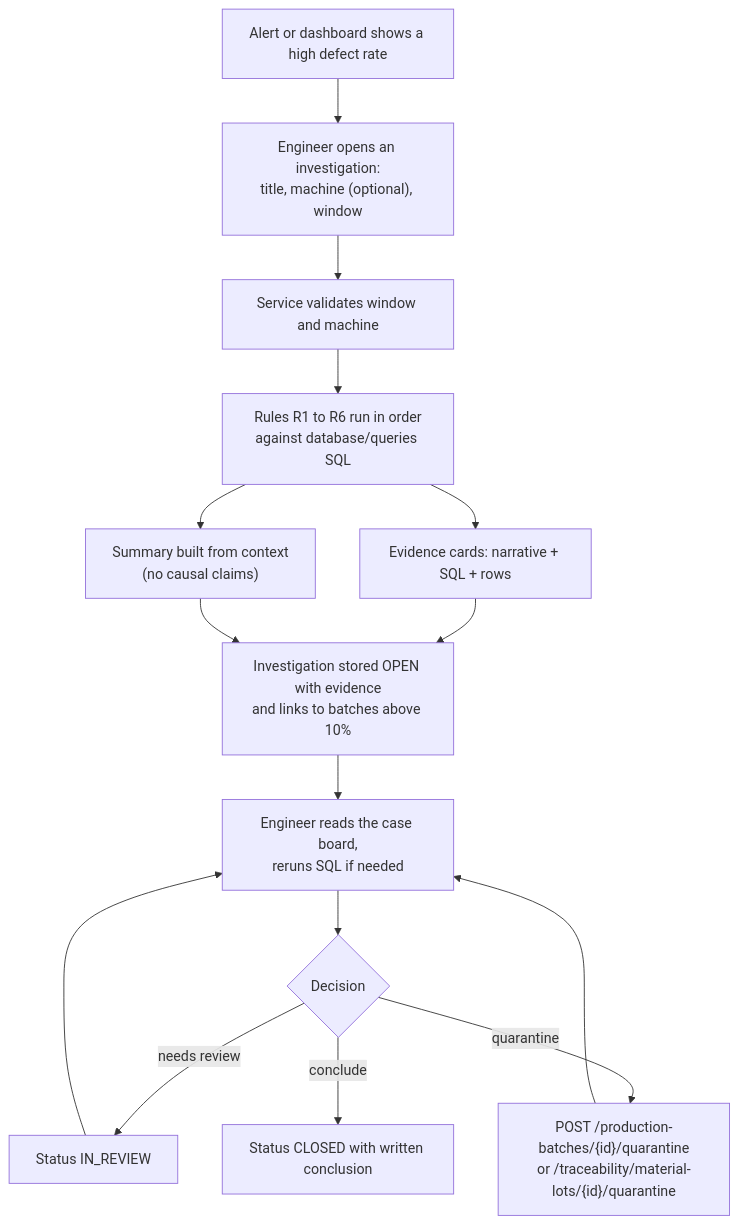
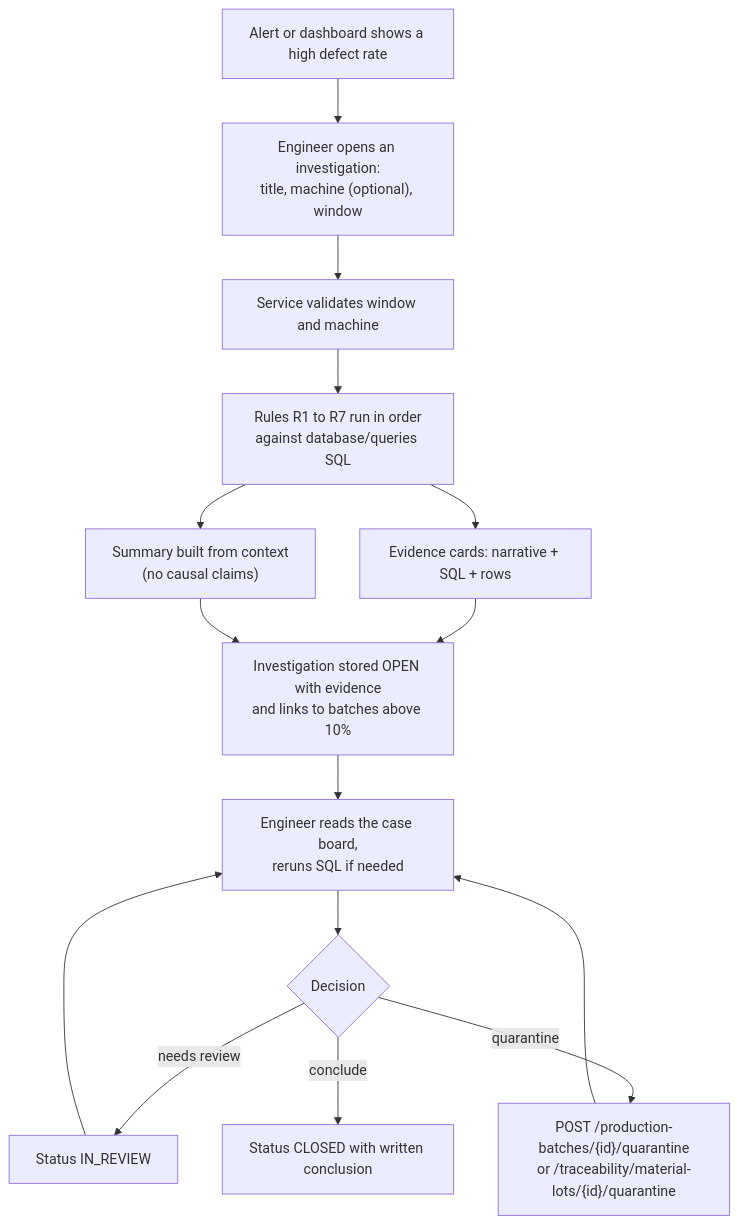
Before and after one commit to shritej6/factory-sherlock: the diagram in docs/media/diagrams/investigation-workflow.mmd, drawn with Mermaid. The commit also changed 12 other files, not shown here.

```diff
--- a/docs/media/diagrams/investigation-workflow.mmd
+++ b/docs/media/diagrams/investigation-workflow.mmd
@@ -1,17 +1,17 @@
 %% Investigation workflow. Source of truth: backend/app/investigation/ and
 %% backend/app/services/investigation_service.py. Rendered in docs/investigation/investigation-engine.md.
 flowchart TD
     A["Alert or dashboard shows a high defect rate"] --> B["Engineer opens an investigation:<br/>title, machine (optional), window"]
     B --> C["Service validates window and machine"]
-    C --> D["Rules R1 to R6 run in order<br/>against database/queries SQL"]
+    C --> D["Rules R1 to R7 run in order<br/>against database/queries SQL"]
     D --> E["Evidence cards: narrative + SQL + rows"]
     D --> F["Summary built from context<br/>(no causal claims)"]
     E --> G["Investigation stored OPEN with evidence<br/>and links to batches above 10%"]
     F --> G
     G --> H["Engineer reads the case board,<br/>reruns SQL if needed"]
     H --> I{"Decision"}
     I -->|"needs review"| J["Status IN_REVIEW"]
     J --> H
     I -->|"quarantine"| K["POST /production-batches/{id}/quarantine<br/>or /traceability/material-lots/{id}/quarantine"]
     K --> H
     I -->|"conclude"| L["Status CLOSED with written conclusion"]
```
